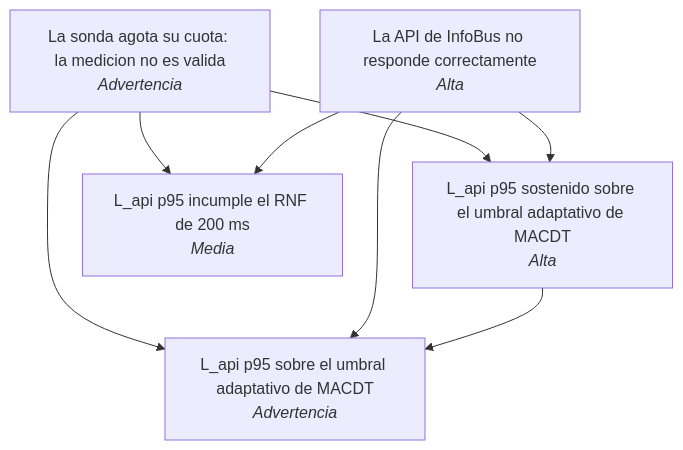
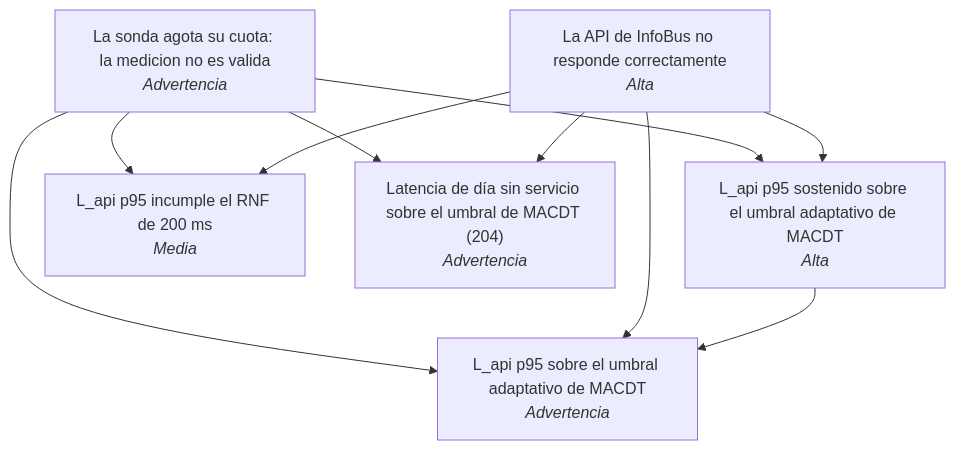
The diagram in docs/README-template-simovilab-infobus.es.md (rsol9000-01/zabbix), drawn with Mermaid before and after one commit. The commit also changed other lines of this file and 6 other files, not shown here.

````diff
--- a/docs/README-template-simovilab-infobus.es.md
+++ b/docs/README-template-simovilab-infobus.es.md
@@ -31,15 +31,18 @@
 ```mermaid
 flowchart TD
   T0["L_api p95 sostenido sobre el umbral adaptativo de MACDT<br/><i>Alta</i>"]
   T1["La API de InfoBus no responde correctamente<br/><i>Alta</i>"]
   T2["L_api p95 incumple el RNF de 200 ms<br/><i>Media</i>"]
   T3["L_api p95 sobre el umbral adaptativo de MACDT<br/><i>Advertencia</i>"]
   T4["La sonda agota su cuota: la medicion no es valida<br/><i>Advertencia</i>"]
+  T5["Latencia de día sin servicio sobre el umbral de MACDT (204)<br/><i>Advertencia</i>"]
   T0 --> T3
   T1 --> T2
   T1 --> T3
   T1 --> T0
   T4 --> T2
   T4 --> T3
   T4 --> T0
+  T1 --> T5
+  T4 --> T5
 ```
````
